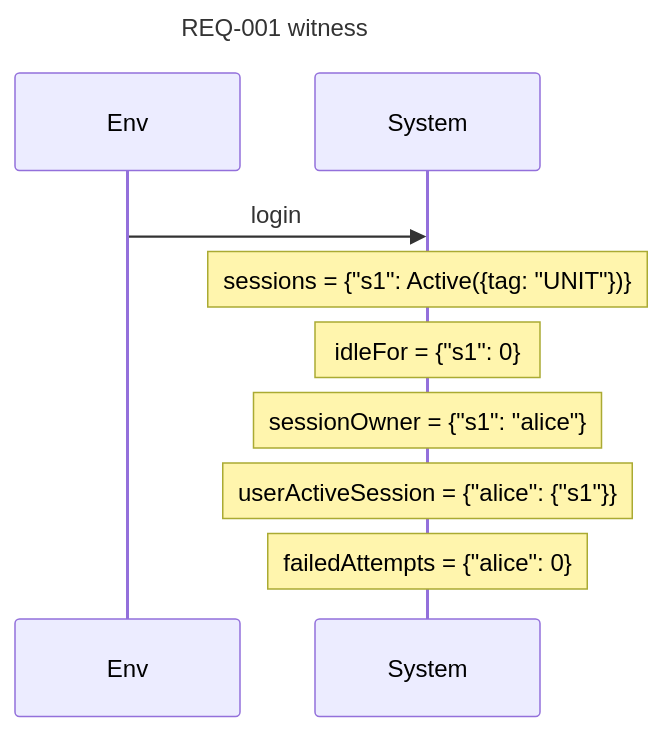
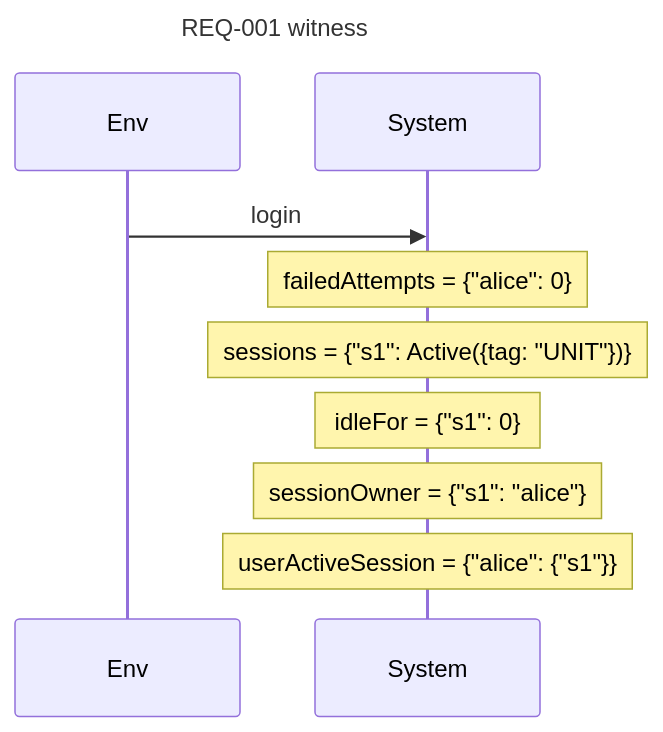
Before and after one commit to AlesKracik/quintessence: the second of 8 diagrams in examples/specs/auth.readback.md, drawn with Mermaid. The commit also changed other lines of this file and 60 other files, not shown here.

````diff
--- a/examples/specs/auth.readback.md
+++ b/examples/specs/auth.readback.md
@@ -214,12 +215,12 @@
 ```mermaid
 sequenceDiagram
     title REQ-001 witness
     participant E as Env
     participant S as System
     E->>S: login
+    Note over S: failedAttempts = {"alice": 0}
     Note over S: sessions = {"s1": Active({tag: "UNIT"})}
     Note over S: idleFor = {"s1": 0}
     Note over S: sessionOwner = {"s1": "alice"}
     Note over S: userActiveSession = {"alice": {"s1"}}
-    Note over S: failedAttempts = {"alice": 0}
 ```
````
